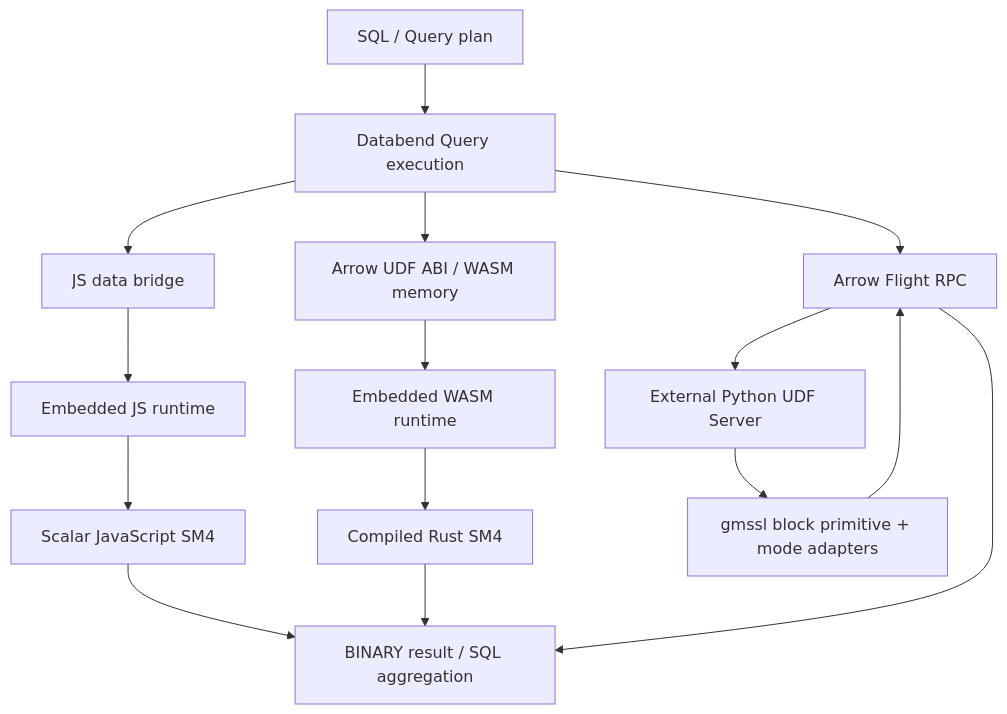
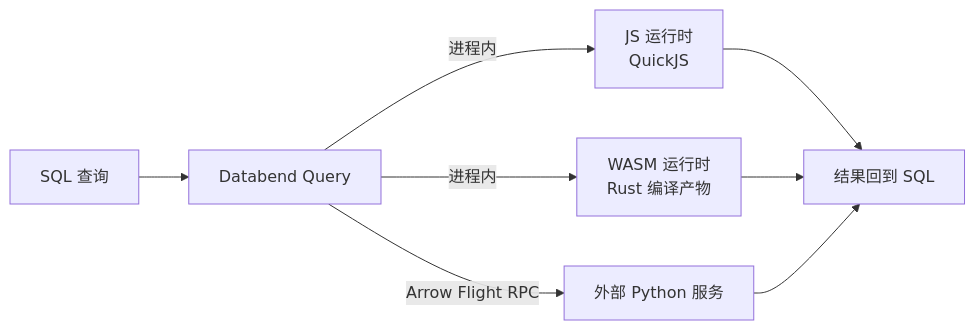
The first of 3 diagrams in docs/ARCHITECTURE.md (wubx/databend-sm4-udf), drawn with Mermaid before and after one commit. The commit also changed other lines of this file and 19 other files, not shown here.

First line of the commit message:
Rewrite architecture guide as an article with charts

````diff
--- a/docs/ARCHITECTURE.md
+++ b/docs/ARCHITECTURE.md
@@ -19,17 +22,10 @@
 ```mermaid
-flowchart TD
-    SQL[SQL / Query plan] --> Q[Databend Query execution]
-    Q --> JB[JS data bridge]
-    JB --> JS[Embedded JS runtime]
-    JS --> JSM[Scalar JavaScript SM4]
-    Q --> WB[Arrow UDF ABI / WASM memory]
-    WB --> W[Embedded WASM runtime]
-    W --> WM[Compiled Rust SM4]
-    Q --> RPC[Arrow Flight RPC]
-    RPC --> PY[External Python UDF Server]
-    PY --> PM[gmssl block primitive + mode adapters]
-    JSM --> R[BINARY result / SQL aggregation]
-    WM --> R
-    PM --> RPC
-    RPC --> R
+flowchart LR
+    SQL[SQL 查询] --> Q[Databend Query]
+    Q -->|进程内| JS[JS 运行时<br/>QuickJS]
+    Q -->|进程内| W[WASM 运行时<br/>Rust 编译产物]
+    Q -->|Arrow Flight RPC| PY[外部 Python 服务]
+    JS --> R[结果回到 SQL]
+    W --> R
+    PY --> R
 ```
````
